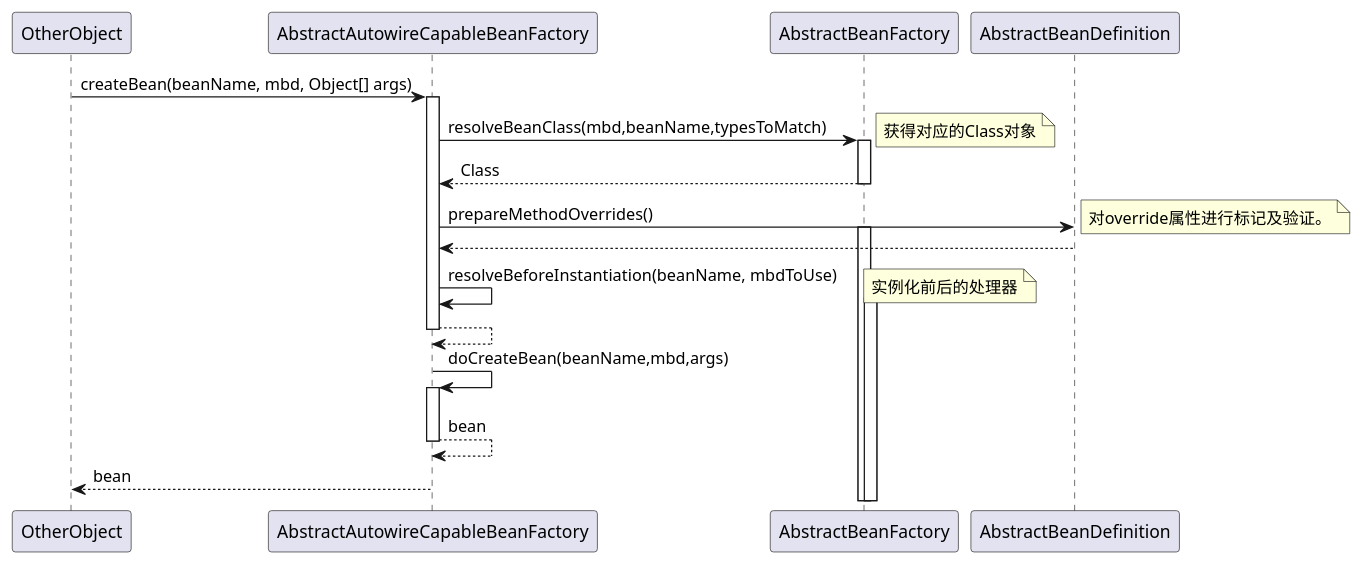
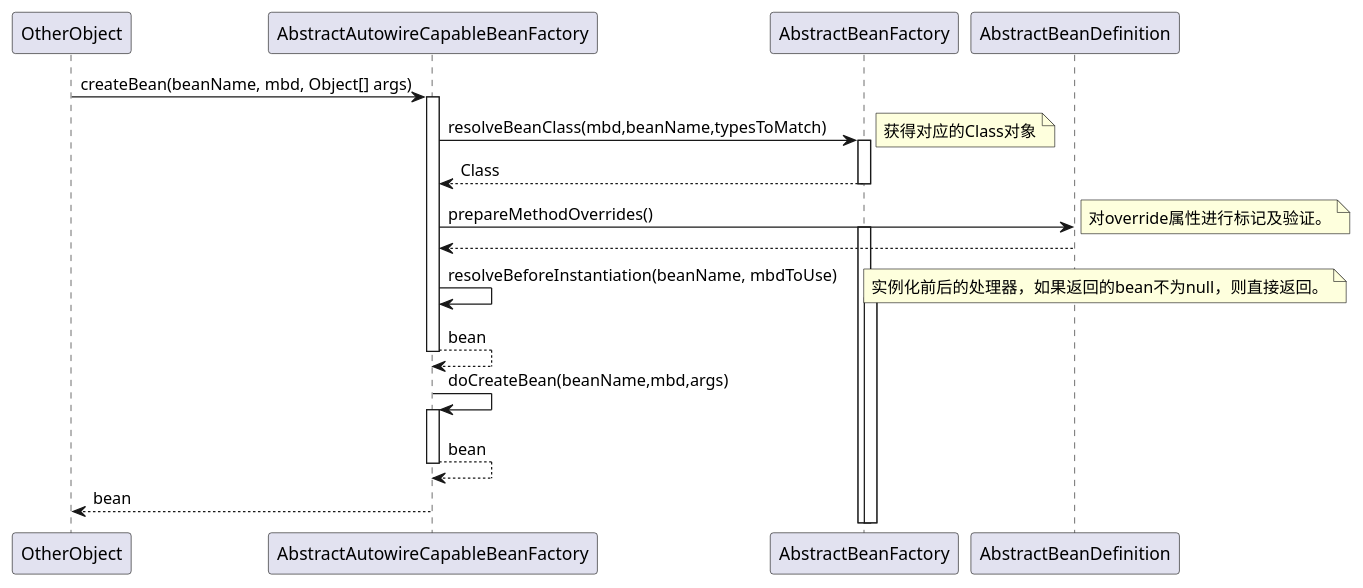
Before and after one commit to aFightz/spring-uml: the diagram in uml/createBean.puml, drawn with PlantUML. The commit also changed 1 other file, not shown here.

```diff
--- a/uml/createBean.puml
+++ b/uml/createBean.puml
@@ -1,25 +1,25 @@
 @startuml
 OtherObject -> AbstractAutowireCapableBeanFactory:createBean(beanName, mbd, Object[] args)
 activate AbstractAutowireCapableBeanFactory
     AbstractAutowireCapableBeanFactory -> AbstractBeanFactory:resolveBeanClass(mbd,beanName,typesToMatch)
     note right:获得对应的Class对象
     activate AbstractBeanFactory
     return Class
 '    deactivate   AbstractBeanFactory
 
 
     AbstractAutowireCapableBeanFactory -> AbstractBeanDefinition:prepareMethodOverrides()
     note right:对override属性进行标记及验证。
     activate AbstractBeanFactory
     return
 
     AbstractAutowireCapableBeanFactory -> AbstractAutowireCapableBeanFactory:resolveBeforeInstantiation(beanName, mbdToUse)
-    note right:实例化前后的处理器
+    note right:实例化前后的处理器，如果返回的bean不为null，则直接返回。
     activate AbstractBeanFactory
-    return
+    return bean
 
     AbstractAutowireCapableBeanFactory -> AbstractAutowireCapableBeanFactory:doCreateBean(beanName,mbd,args)
     activate AbstractAutowireCapableBeanFactory
     return bean
 return bean
 @enduml
```
